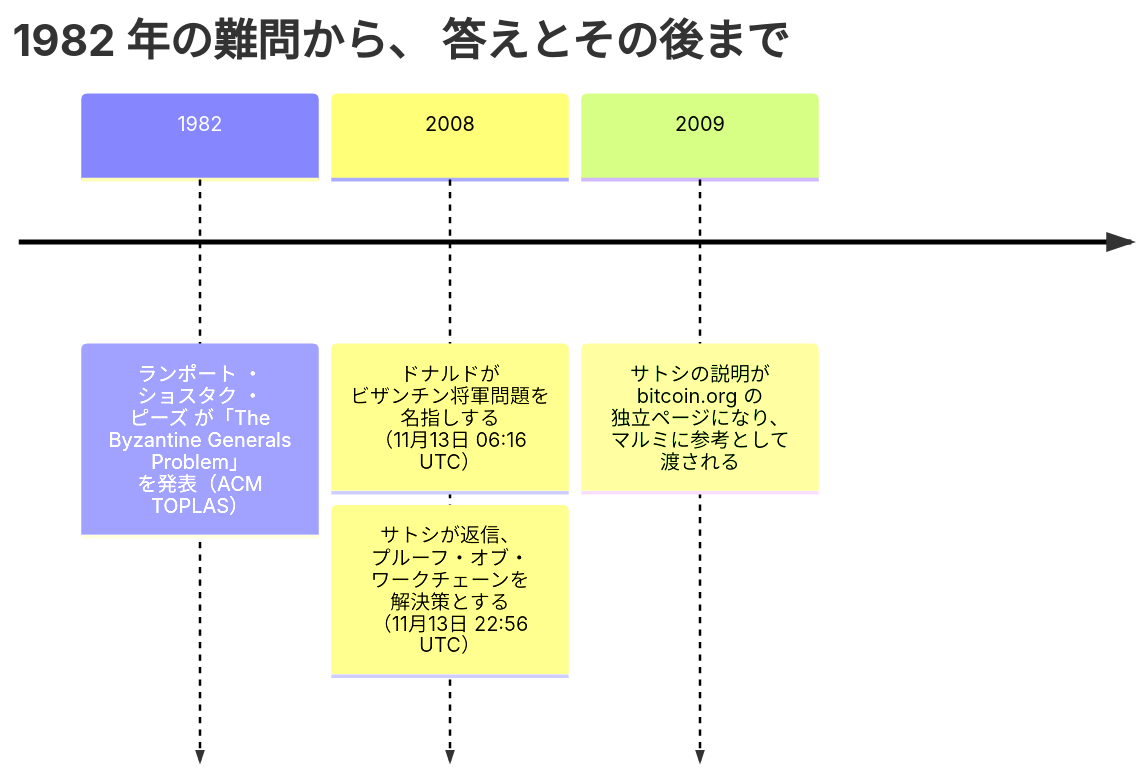
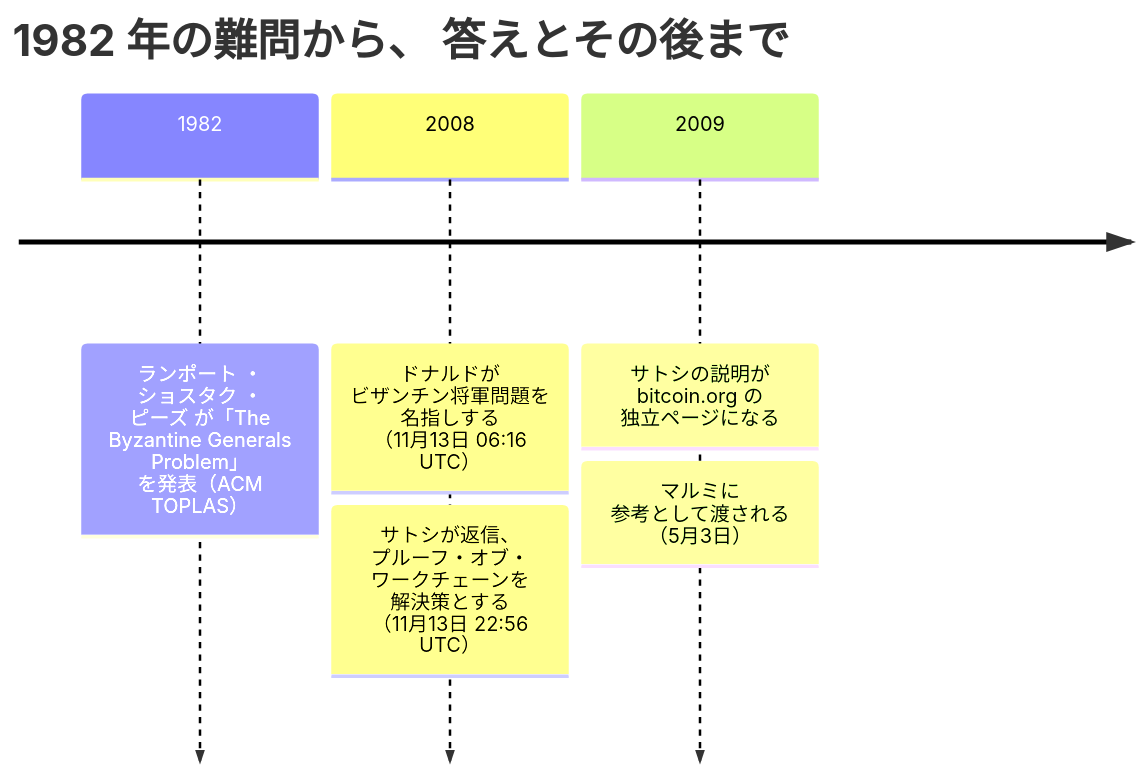
The diagram in src/data/translations/ja/analysis/2008-11-13-byzantine-generals-problem.md (cypher256/BitcoinArchive), drawn with Mermaid before and after one commit. The commit also changed other lines of this file and 66 other files, not shown here.

````diff
--- a/src/data/translations/ja/analysis/2008-11-13-byzantine-generals-problem.md
+++ b/src/data/translations/ja/analysis/2008-11-13-byzantine-generals-problem.md
@@ -76,11 +76,13 @@
 ```mermaid
 timeline
     title 1982 年の難問から、 答えとその後まで
     1982 : ランポート ・ ショスタク ・ ピーズ が「The Byzantine Generals Problem」 を発表（ACM TOPLAS）
     2008 : ドナルドが ビザンチン将軍問題を 名指しする （11月13日 06:16 UTC）
     %% link: /BitcoinArchive/ja/entries/emails/cryptography/bitcoin-p2p-e-cash-paper/2008-11-13-james-donald-byzantine-generals-problem/
          : サトシが返信、 プルーフ・オブ・ ワークチェーンを 解決策とする （11月13日 22:56 UTC）
     %% link: /BitcoinArchive/ja/entries/emails/cryptography/bitcoin-p2p-e-cash-paper/2008-11-13-re-bitcoin-p2p-e-cash-paper-satoshi-2/
-    2009 : サトシの説明が bitcoin.org の 独立ページになり、 マルミに参考として 渡される
+    2009 : サトシの説明が bitcoin.org の 独立ページになる
+    %% link: /BitcoinArchive/ja/entries/web-document/satoshi/2009-03-09-byzantine-generals-problem/
+         : マルミに 参考として渡される （5月3日）
     %% link: /BitcoinArchive/ja/entries/correspondence/martti-malmi/2009-05-03-bitcoin-003/
 ```
````
